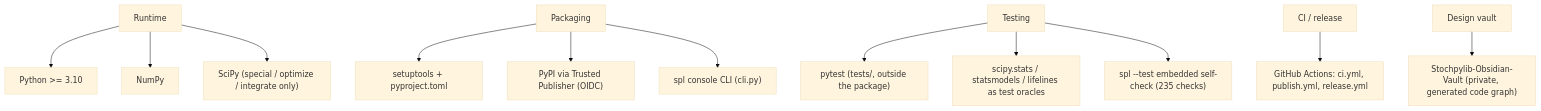
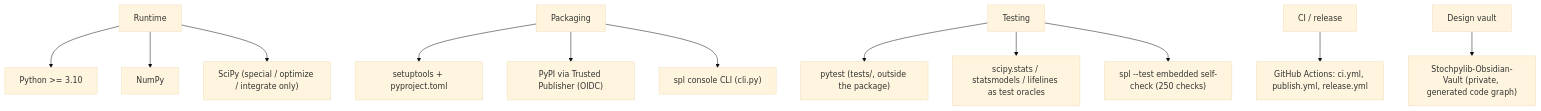
The second of 2 diagrams in README.md (leon1706-lol/Stochpylib), drawn with Mermaid (base theme) before and after one commit. The commit also changed other lines of this file and 38 other files, not shown here.

````diff
--- a/README.md
+++ b/README.md
@@ -317,14 +333,14 @@
 ```mermaid
 flowchart TB
     A["Runtime"] --> A1["Python >= 3.10"]
     A --> A2["NumPy"]
     A --> A3["SciPy (special / optimize / integrate only)"]
     B["Packaging"] --> B1["setuptools + pyproject.toml"]
     B --> B2["PyPI via Trusted Publisher (OIDC)"]
     B --> B3["spl console CLI (cli.py)"]
     C["Testing"] --> C1["pytest (tests/, outside the package)"]
     C --> C2["scipy.stats / statsmodels / lifelines as test oracles"]
-    C --> C3["spl --test embedded self-check (235 checks)"]
+    C --> C3["spl --test embedded self-check (250 checks)"]
     D["CI / release"] --> D1["GitHub Actions: ci.yml, publish.yml, release.yml"]
     E["Design vault"] --> E1["Stochpylib-Obsidian-Vault (private, generated code graph)"]
 ```
````
